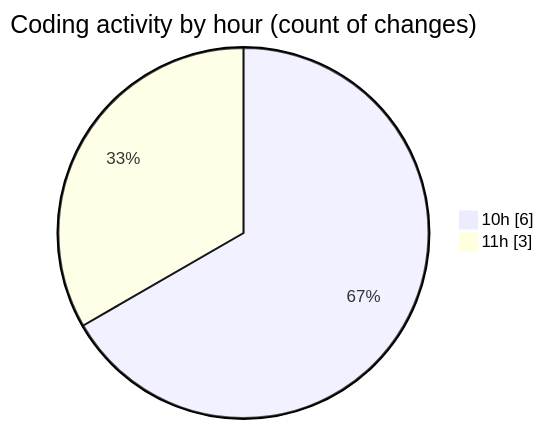
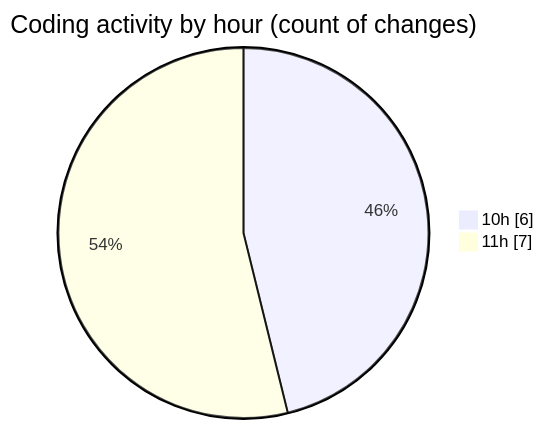
One commit to momahboobian/code-tracking changed the second of 2 diagrams in 2025-08-13/cda/README.md. Above: the diagram before and after it, drawn with Mermaid. The commit also changed other lines of this file and 1 other file, not shown here.

````diff
--- a/2025-08-13/cda/README.md
+++ b/2025-08-13/cda/README.md
@@ -28,6 +30,6 @@
 ```mermaid
 pie showData
 title Coding activity by hour (count of changes)
 "10h" : 6
-"11h" : 3
+"11h" : 7
 ```
````
